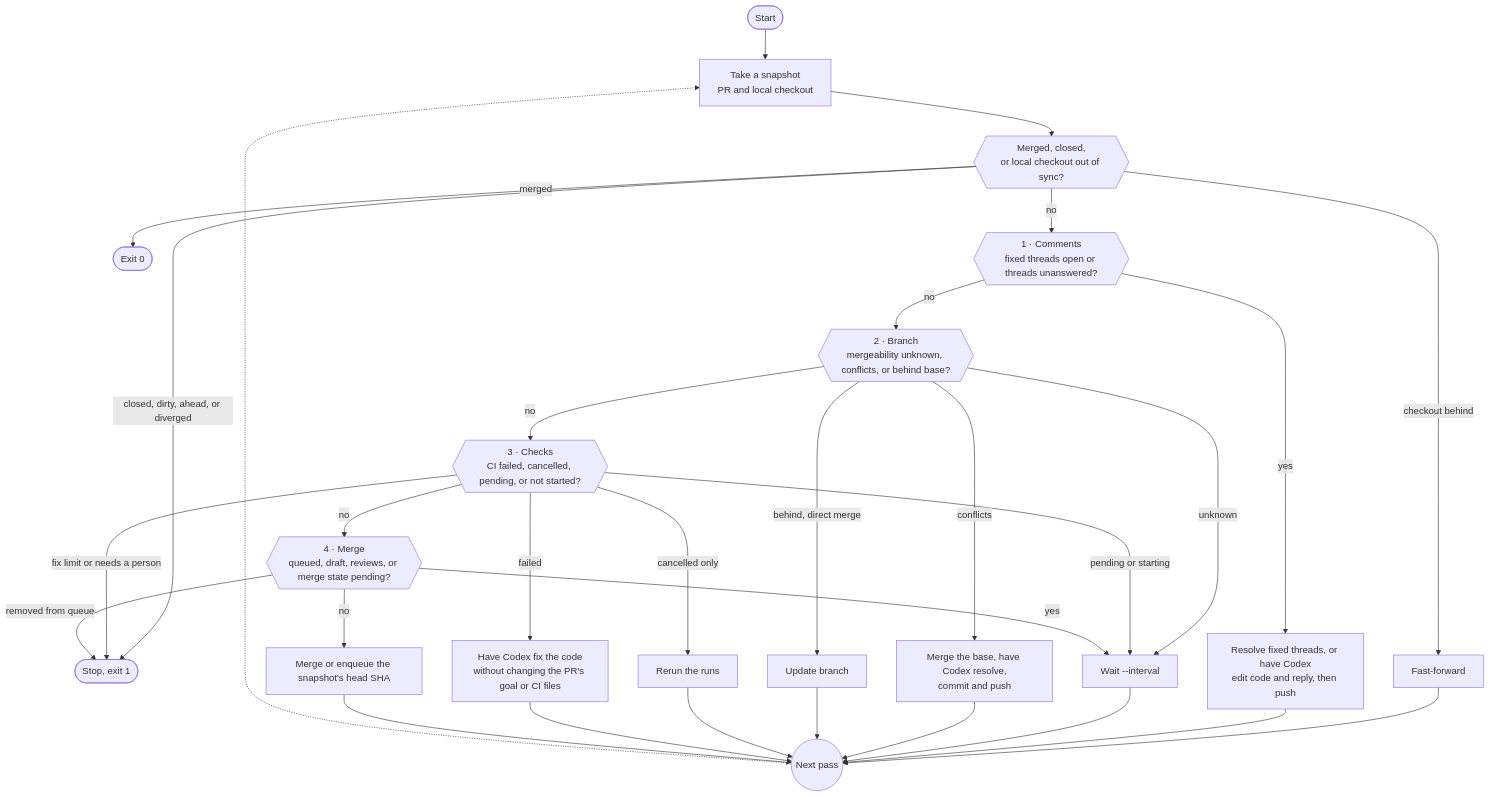
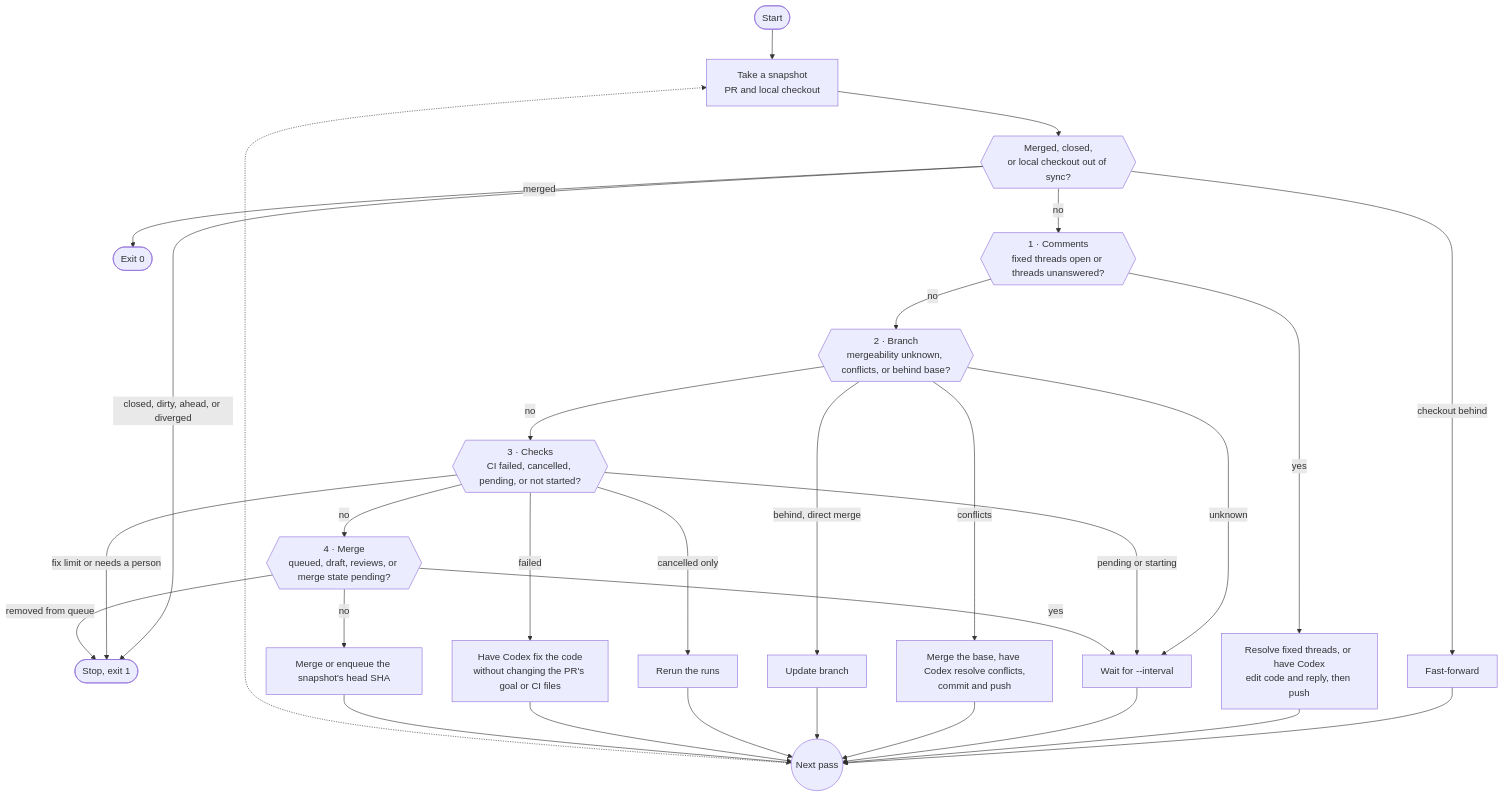
One commit to vikrrantshah/baby-sitter changed the diagram in docs/how-it-works.md. Above: the diagram before and after it, drawn with Mermaid. The commit also changed other lines of this file and 11 other files, not shown here.

````diff
--- a/docs/how-it-works.md
+++ b/docs/how-it-works.md
@@ -17,24 +17,24 @@
 ```mermaid
 flowchart TD
   START([Start]) --> SNAP["Take a snapshot<br/>PR and local checkout"]
   SNAP --> PRE{{"Merged, closed,<br/>or local checkout out of sync?"}}
   PRE -- merged --> DONE([Exit 0])
   PRE -- "closed, dirty, ahead, or diverged" --> STOP([Stop, exit 1])
   PRE -- "checkout behind" --> FF["Fast-forward"] --> NEXT
   PRE -- no --> C{{"1 · Comments<br/>fixed threads open or threads unanswered?"}}
   C -- yes --> CA["Resolve fixed threads, or have Codex<br/>edit code and reply, then push"] --> NEXT
   C -- no --> B{{"2 · Branch<br/>mergeability unknown, conflicts, or behind base?"}}
-  B -- unknown --> WAIT["Wait --interval"] --> NEXT
-  B -- conflicts --> BC["Merge the base, have Codex resolve,<br/>commit and push"] --> NEXT
+  B -- unknown --> WAIT["Wait for --interval"] --> NEXT
+  B -- conflicts --> BC["Merge the base, have Codex resolve conflicts,<br/>commit and push"] --> NEXT
   B -- "behind, direct merge" --> BU["Update branch"] --> NEXT
   B -- no --> K{{"3 · Checks<br/>CI failed, cancelled, pending, or not started?"}}
   K -- "cancelled only" --> KR["Rerun the runs"] --> NEXT
   K -- failed --> KF["Have Codex fix the code<br/>without changing the PR's goal or CI files"] --> NEXT
   K -- "pending or starting" --> WAIT
   K -- "fix limit or needs a person" --> STOP
   K -- no --> M{{"4 · Merge<br/>queued, draft, reviews, or merge state pending?"}}
   M -- yes --> WAIT
   M -- "removed from queue" --> STOP
   M -- no --> MERGE["Merge or enqueue the snapshot's head SHA"] --> NEXT
   NEXT(("Next pass")) -.-> SNAP
 ```
````
